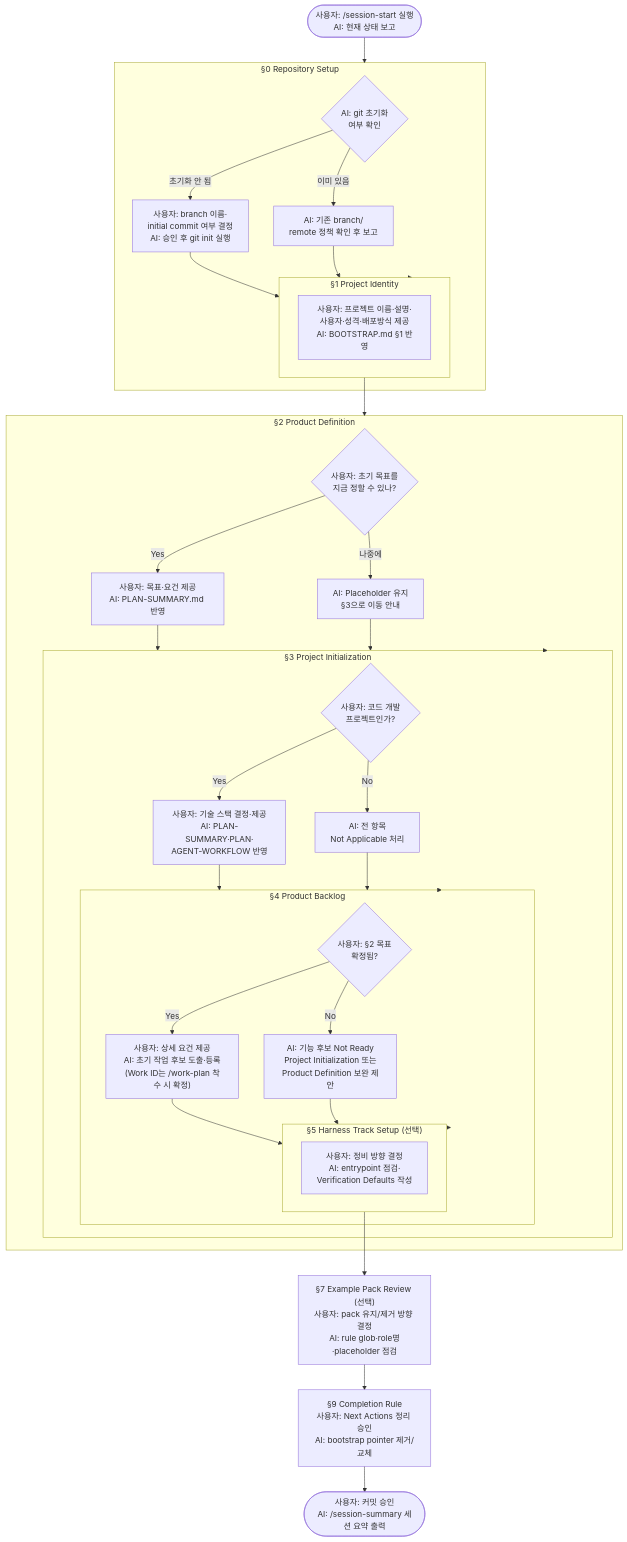
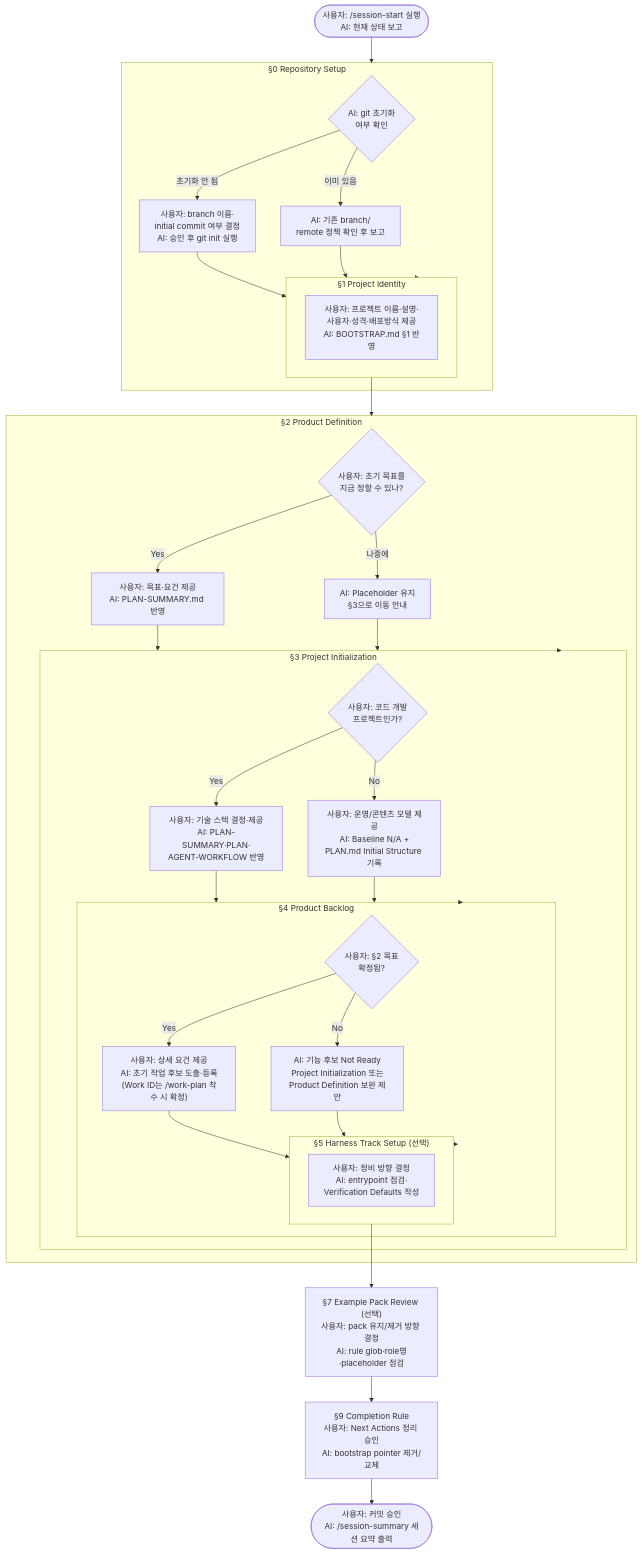
The diagram in docs/SCAFFOLD-ONBOARDING-GUIDE.md (kyungseo/ai-workflow-harness), drawn with Mermaid before and after one commit. The commit also changed other lines of this file and 4 other files, not shown here.

````diff
--- a/docs/SCAFFOLD-ONBOARDING-GUIDE.md
+++ b/docs/SCAFFOLD-ONBOARDING-GUIDE.md
@@ -234,49 +237,49 @@
 ```mermaid
 flowchart TD
     START(["사용자: /session-start 실행\nAI: 현재 상태 보고"]) --> S0
 
     subgraph S0["§0 Repository Setup"]
         G1{"AI: git 초기화\n여부 확인"}
         G1 -- "초기화 안 됨" --> G2["사용자: branch 이름·\ninitial commit 여부 결정\nAI: 승인 후 git init 실행"]
         G1 -- "이미 있음" --> G3["AI: 기존 branch/\nremote 정책 확인 후 보고"]
         G2 --> S1
         G3 --> S1
     end
 
     subgraph S1["§1 Project Identity"]
         I1["사용자: 프로젝트 이름·설명·\n사용자·성격·배포방식 제공\nAI: BOOTSTRAP.md §1 반영"]
     end
 
     subgraph S2["§2 Product Definition"]
         P1{"사용자: 초기 목표를\n지금 정할 수 있나?"}
         P1 -- "Yes" --> P2["사용자: 목표·요건 제공\nAI: PLAN-SUMMARY.md 반영"]
         P1 -- "나중에" --> P3["AI: Placeholder 유지\n§3으로 이동 안내"]
         P2 --> S3
         P3 --> S3
     end
 
     subgraph S3["§3 Project Initialization"]
         C1{"사용자: 코드 개발\n프로젝트인가?"}
         C1 -- "Yes" --> C2["사용자: 기술 스택 결정·제공\nAI: PLAN-SUMMARY·PLAN·\nAGENT-WORKFLOW 반영"]
-        C1 -- "No" --> C3["AI: 전 항목\nNot Applicable 처리"]
+        C1 -- "No" --> C3["사용자: 운영/콘텐츠 모델 제공\nAI: Baseline N/A +\nPLAN.md Initial Structure 기록"]
         C2 --> S4
         C3 --> S4
     end
 
     subgraph S4["§4 Product Backlog"]
         B1{"사용자: §2 목표\n확정됨?"}
         B1 -- "Yes" --> B2["사용자: 상세 요건 제공\nAI: 초기 작업 후보 도출·등록\n(Work ID는 /work-plan 착수 시 확정)"]
         B1 -- "No" --> B3["AI: 기능 후보 Not Ready\nProject Initialization 또는\nProduct Definition 보완 제안"]
         B2 --> S5
         B3 --> S5
     end
 
     subgraph S5["§5 Harness Track Setup (선택)"]
         H1["사용자: 정비 방향 결정\nAI: entrypoint 점검·\nVerification Defaults 작성"]
     end
 
     S0 --> S1 --> S2 --> S3 --> S4 --> S5
     S5 --> S7["§7 Example Pack Review (선택)\n사용자: pack 유지/제거 방향 결정\nAI: rule glob·role명·placeholder 점검"]
     S7 --> S9["§9 Completion Rule\n사용자: Next Actions 정리 승인\nAI: bootstrap pointer 제거/교체"]
     S9 --> DONE(["사용자: 커밋 승인\nAI: /session-summary 세션 요약 출력"])
 ```
````
